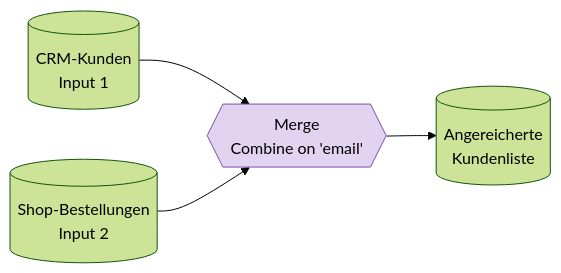
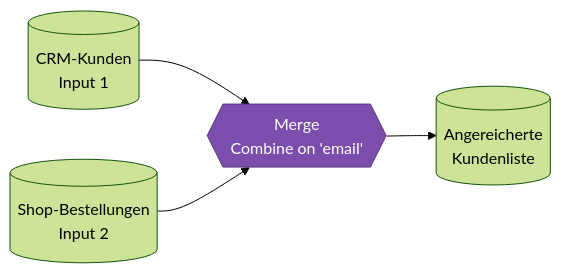
Diagram 12 of 15 in docs/n8n_learning/n8n_Datenfluss_Kompendium_v2.md (ericleddin/m4-n8n-demos), drawn with Mermaid (forest theme) before and after one commit. The commit also changed other lines of this file and 4 other files, not shown here.

Commit message:
Add AI agent, LLM, and n8n developer guides; standardize Mermaid colors

````diff
--- a/docs/n8n_learning/n8n_Datenfluss_Kompendium_v2.md
+++ b/docs/n8n_learning/n8n_Datenfluss_Kompendium_v2.md
@@ -311,8 +311,8 @@
 ```mermaid
 flowchart LR
     A1[("CRM-Kunden<br/>Input 1")] --> M{{Merge<br/>Combine on 'email'}}
     A2[("Shop-Bestellungen<br/>Input 2")] --> M
     M --> Out[("Angereicherte<br/>Kundenliste")]
 
-    style M fill:#e2d4f0,stroke:#7b4dad
+    style M fill:#7b4dad,stroke:#5a3480,color:#fff
 ```
````
